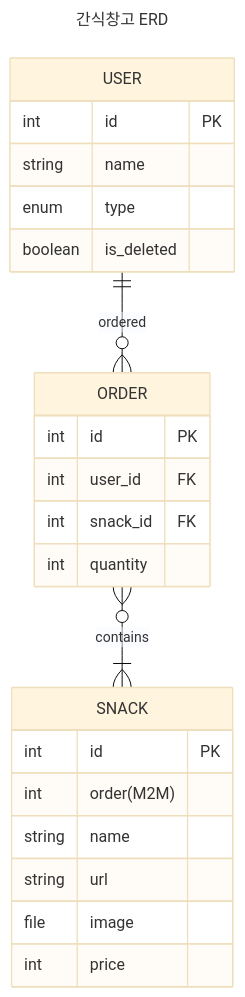
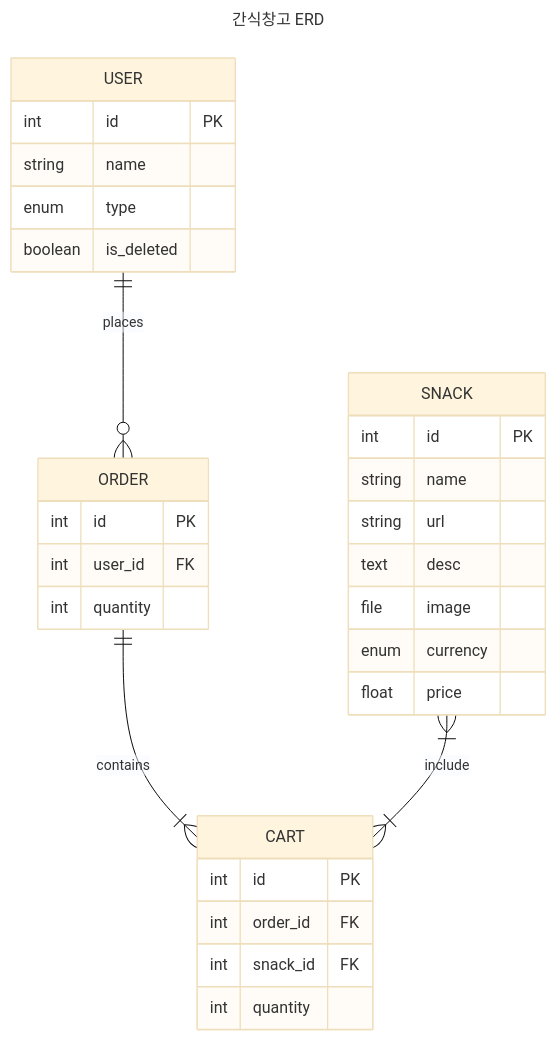
The third of 3 diagrams in README.md (orchwang/snack-manager-server), drawn with Mermaid (base theme) before and after one commit. The commit also changed other lines of this file and 15 other files, not shown here.

````diff
--- a/README.md
+++ b/README.md
@@ -101,29 +229,36 @@
 ```mermaid
 ---
 title: 간식창고 ERD
 ---
 erDiagram
-    USER ||--o{ ORDER : ordered
-    ORDER }o--|{ SNACK : contains
+    USER ||--o{ ORDER : places
+    ORDER ||--|{ CART: contains 
+    SNACK }|--|{ CART: include
 
     USER {
         int id PK
         string name
         enum type
         boolean is_deleted
     }
     ORDER {
         int id PK
         int user_id FK
+        int quantity
+    }
+    CART {
+        int id PK
+        int order_id FK
         int snack_id FK
         int quantity
     }
     SNACK {
         int id PK
-        int order(M2M)
         string name
         string url
+        text desc 
         file image
-        int price
+        enum currency
+        float price
     }
 ```
````
